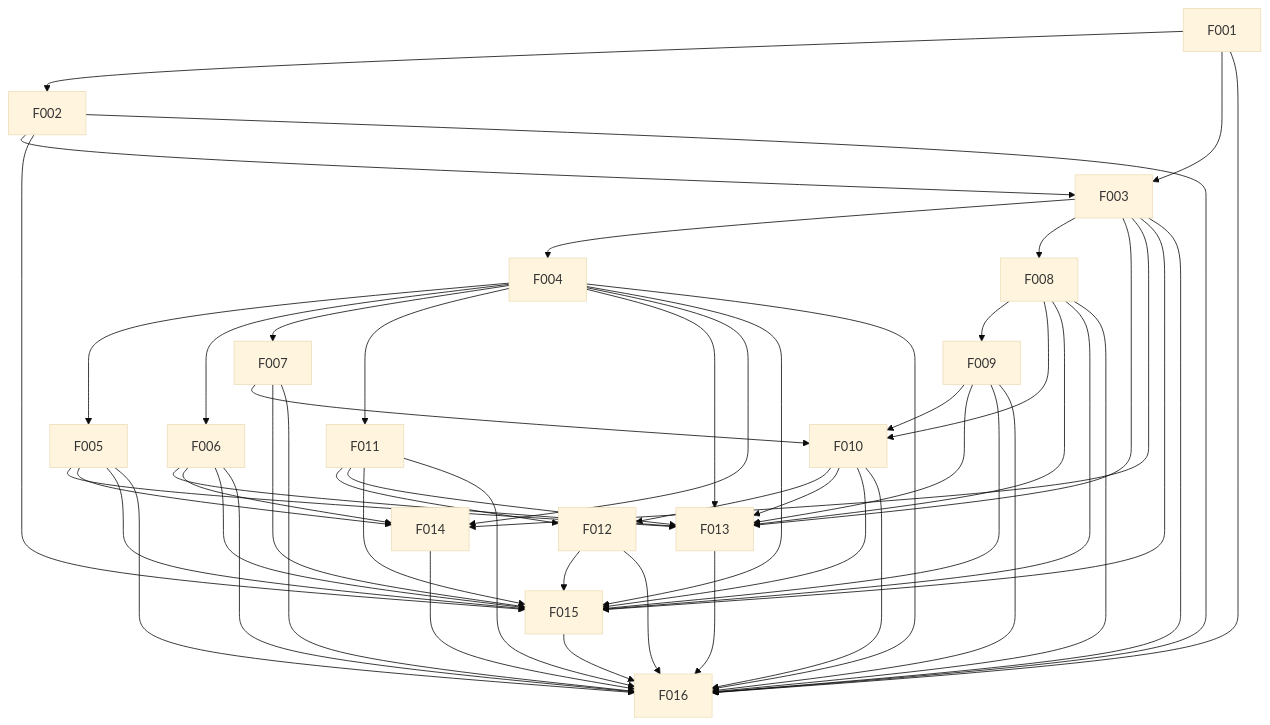
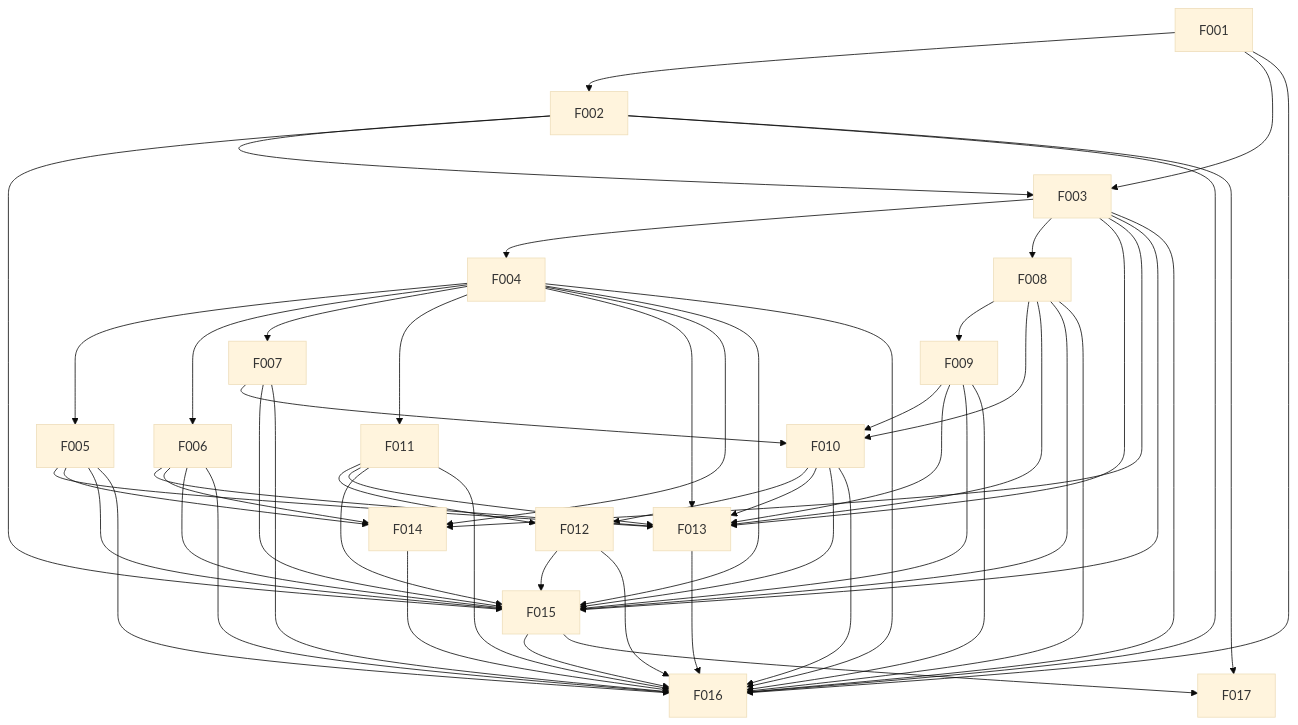
Before and after one commit to 47oo/csm: the diagram in docs/project/dependency-map.md, drawn with Mermaid (base theme). The commit also changed other lines of this file and 4 other files, not shown here.

````diff
--- a/docs/project/dependency-map.md
+++ b/docs/project/dependency-map.md
@@ -9,72 +9,75 @@
 ```mermaid
 flowchart TD
     n0["F001"]
     n1["F002"]
     n2["F003"]
     n3["F004"]
     n4["F005"]
     n5["F006"]
     n6["F007"]
     n7["F008"]
     n8["F009"]
     n9["F010"]
     n10["F011"]
     n11["F012"]
     n12["F013"]
     n13["F014"]
     n14["F015"]
     n15["F016"]
+    n16["F017"]
     n0 --> n1
     n0 --> n2
     n1 --> n2
     n2 --> n3
     n3 --> n4
     n3 --> n5
     n3 --> n6
     n2 --> n7
     n7 --> n8
     n6 --> n9
     n7 --> n9
     n8 --> n9
     n3 --> n10
     n9 --> n11
     n10 --> n11
     n2 --> n12
     n3 --> n12
     n4 --> n12
     n5 --> n12
     n7 --> n12
     n8 --> n12
     n9 --> n12
     n10 --> n12
     n2 --> n13
     n3 --> n13
     n4 --> n13
     n5 --> n13
     n1 --> n14
     n2 --> n14
     n3 --> n14
     n4 --> n14
     n5 --> n14
     n6 --> n14
     n7 --> n14
     n8 --> n14
     n9 --> n14
     n10 --> n14
     n11 --> n14
     n0 --> n15
     n1 --> n15
     n2 --> n15
     n3 --> n15
     n4 --> n15
     n5 --> n15
     n6 --> n15
     n7 --> n15
     n8 --> n15
     n9 --> n15
     n10 --> n15
     n11 --> n15
     n12 --> n15
     n13 --> n15
     n14 --> n15
+    n1 --> n16
+    n14 --> n16
 ```
````
